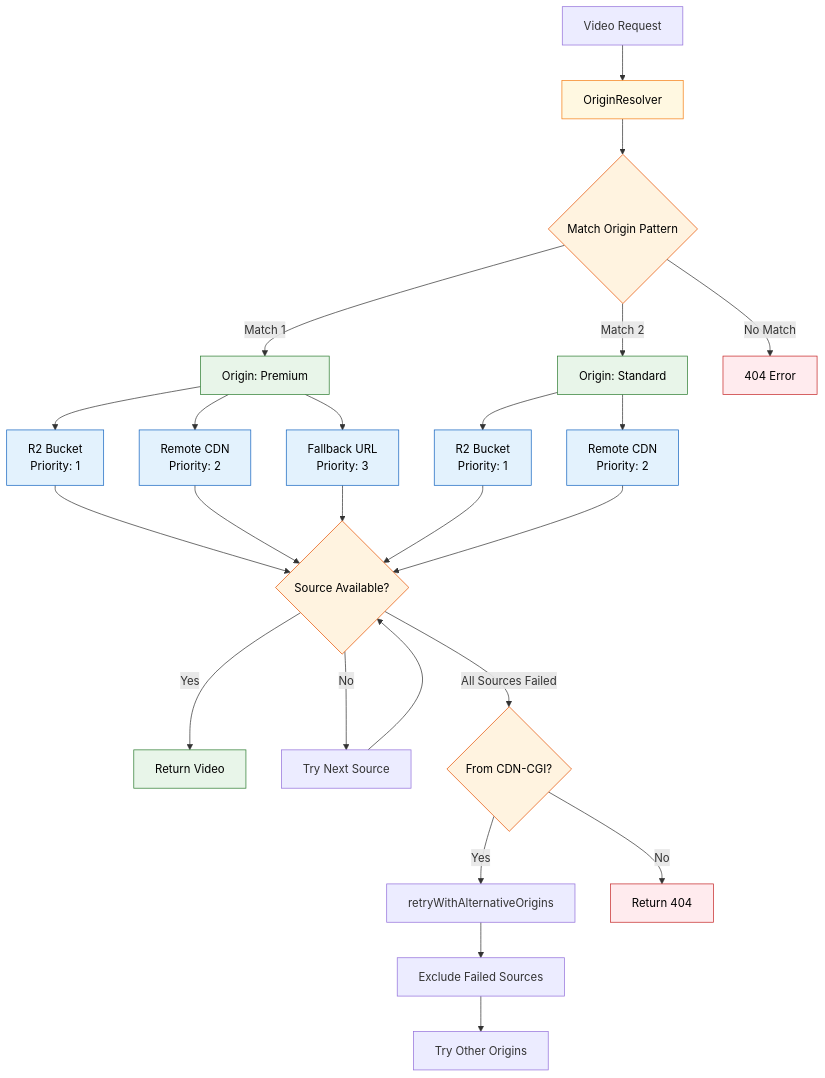
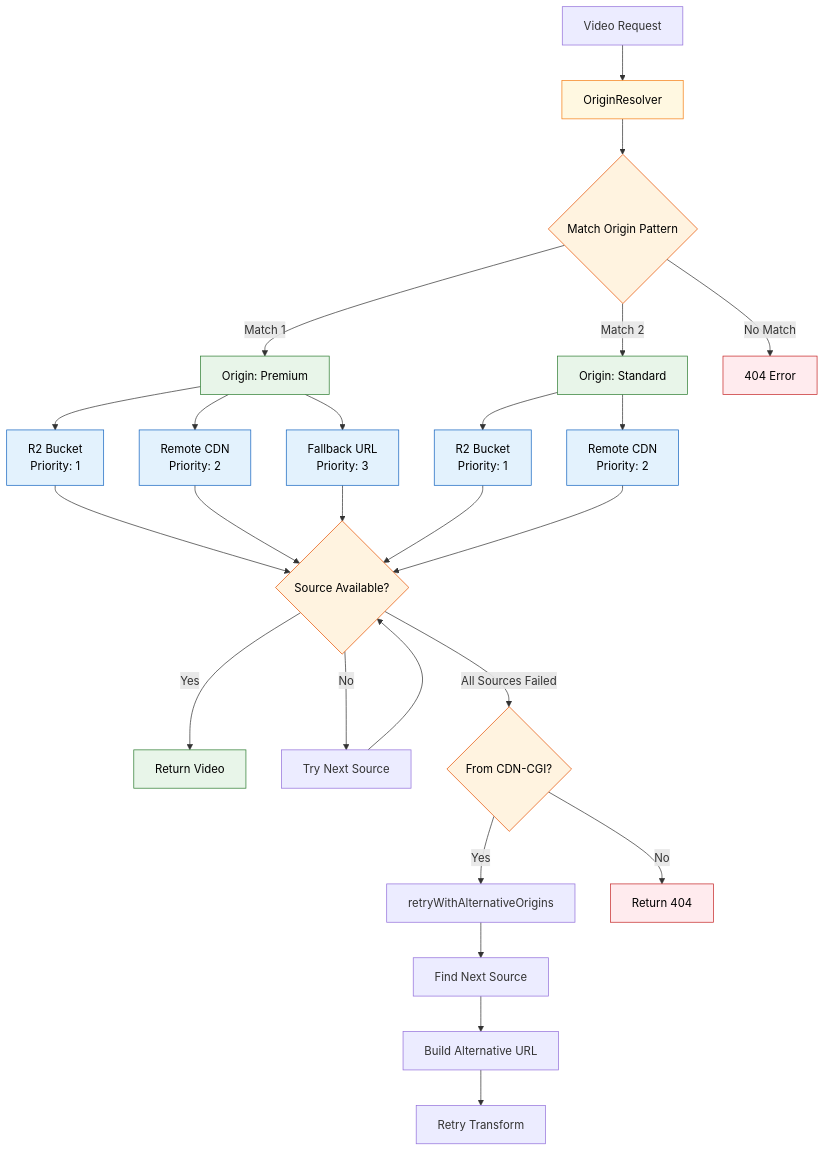
Before and after one commit to erfianugrah/video-resizer: the seventh of 16 diagrams in README.md, drawn with Mermaid. The commit also changed other lines of this file and 5 other files, not shown here.

Commit message:
mermaid diagrams updated

````diff
--- a/README.md
+++ b/README.md
@@ -442,47 +449,48 @@
 ```mermaid
 flowchart TB
     %% Define node styles with high contrast colors
     classDef origin fill:#E8F5E9,stroke:#2E7D32,color:#000000;
     classDef source fill:#E3F2FD,stroke:#1565C0,color:#000000;
     classDef resolver fill:#FFF8E1,stroke:#F57F17,color:#000000;
     classDef decision fill:#FFF3E0,stroke:#E65100,color:#000000;
     classDef error fill:#FFEBEE,stroke:#C62828,color:#000000;
 
     %% Origins configuration
     A[Video Request] --> B[OriginResolver]
     B --> C{Match Origin Pattern}
     
     %% Origin matching
     C -->|Match 1| D[Origin: Premium]
     C -->|Match 2| E[Origin: Standard]
     C -->|No Match| F[404 Error]
     
     %% Sources within origins
     D --> G[R2 Bucket<br>Priority: 1]
     D --> H[Remote CDN<br>Priority: 2]
     D --> I[Fallback URL<br>Priority: 3]
     
     E --> J[R2 Bucket<br>Priority: 1]
     E --> K[Remote CDN<br>Priority: 2]
     
     %% Source resolution
     G & H & I & J & K --> L{Source Available?}
     L -->|Yes| M[Return Video]
     L -->|No| N[Try Next Source]
     N --> L
     
     %% 404 retry mechanism
     L -->|All Sources Failed| O{From CDN-CGI?}
     O -->|Yes| P[retryWithAlternativeOrigins]
-    P --> Q[Exclude Failed Sources]
-    Q --> R[Try Other Origins]
+    P --> Q[Find Next Source]
+    Q --> R[Build Alternative URL]
+    R --> T[Retry Transform]
     O -->|No| S[Return 404]
 
     %% Apply styles
     class B resolver
     class C,L,O decision
     class D,E origin
     class G,H,I,J,K source
     class F,S error
     class M origin
 ```
````
